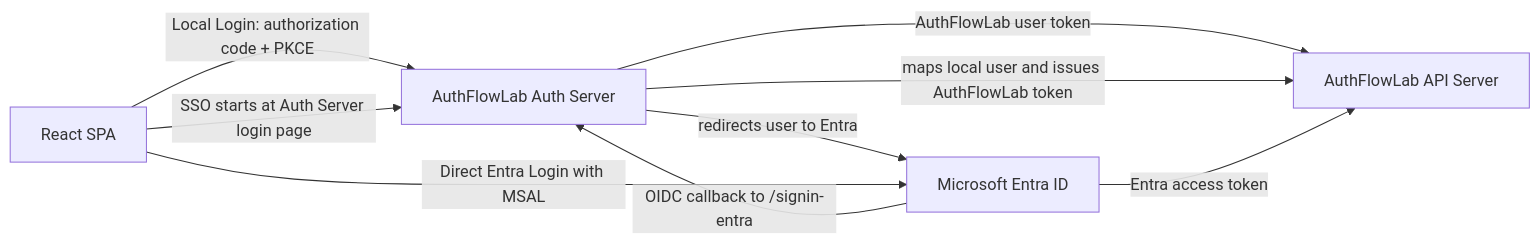
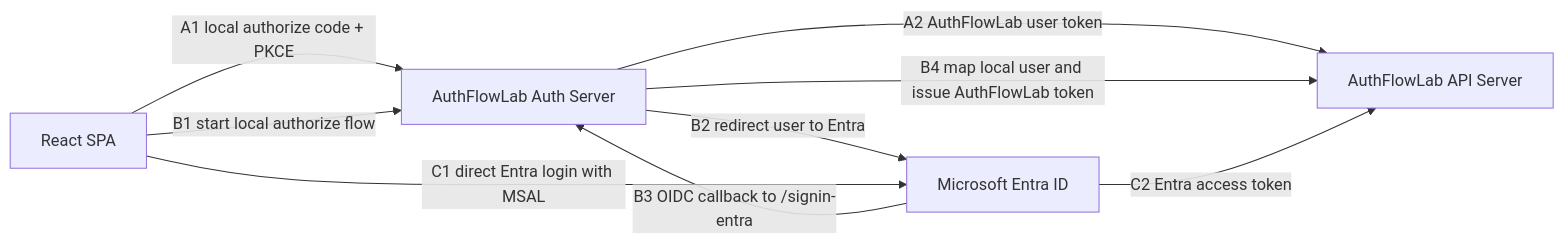
One commit to haoyucheng369-gif/EnterpriseIdentityPlatform changed the first of 2 diagrams in README.md. Above: the diagram before and after it, drawn with Mermaid. The commit also changed other lines of this file, not shown here.

Commit message:
Label README auth flow steps

````diff
--- a/README.md
+++ b/README.md
@@ -32,18 +32,18 @@
 ```mermaid
 flowchart LR
     SPA[React SPA]
     Auth[AuthFlowLab Auth Server]
     Entra[Microsoft Entra ID]
     API[AuthFlowLab API Server]
 
-    SPA -->|Local Login: authorization code + PKCE| Auth
-    Auth -->|AuthFlowLab user token| API
+    SPA -->|A1 local authorize code + PKCE| Auth
+    Auth -->|A2 AuthFlowLab user token| API
 
-    SPA -->|SSO starts at Auth Server login page| Auth
-    Auth -->|redirects user to Entra| Entra
-    Entra -->|OIDC callback to /signin-entra| Auth
-    Auth -->|maps local user and issues AuthFlowLab token| API
+    SPA -->|B1 start local authorize flow| Auth
+    Auth -->|B2 redirect user to Entra| Entra
+    Entra -->|B3 OIDC callback to /signin-entra| Auth
+    Auth -->|B4 map local user and issue AuthFlowLab token| API
 
-    SPA -->|Direct Entra Login with MSAL| Entra
-    Entra -->|Entra access token| API
+    SPA -->|C1 direct Entra login with MSAL| Entra
+    Entra -->|C2 Entra access token| API
 ```
````
